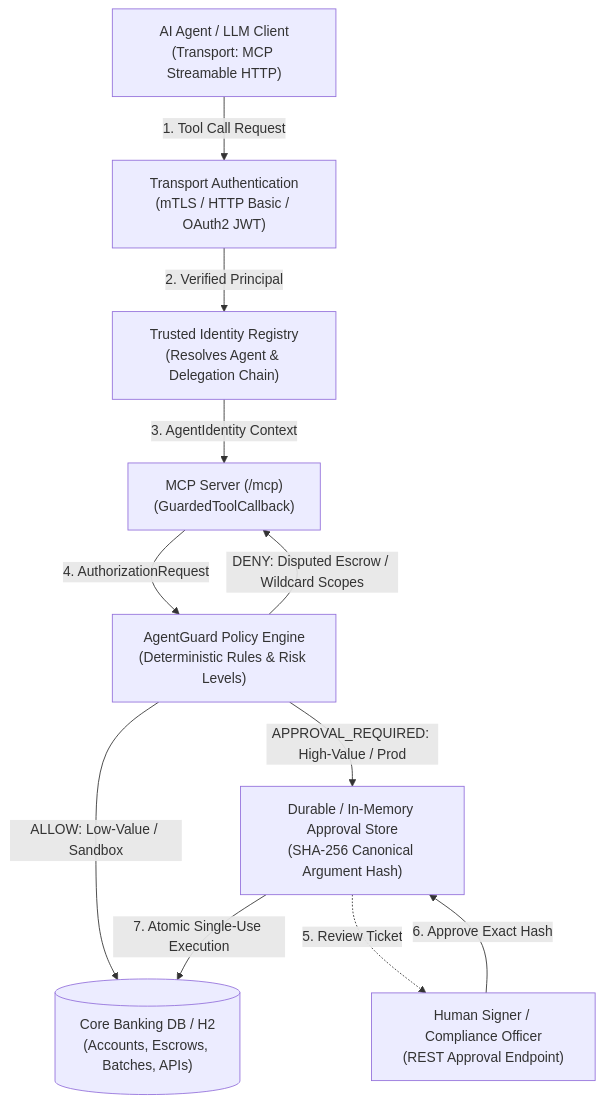
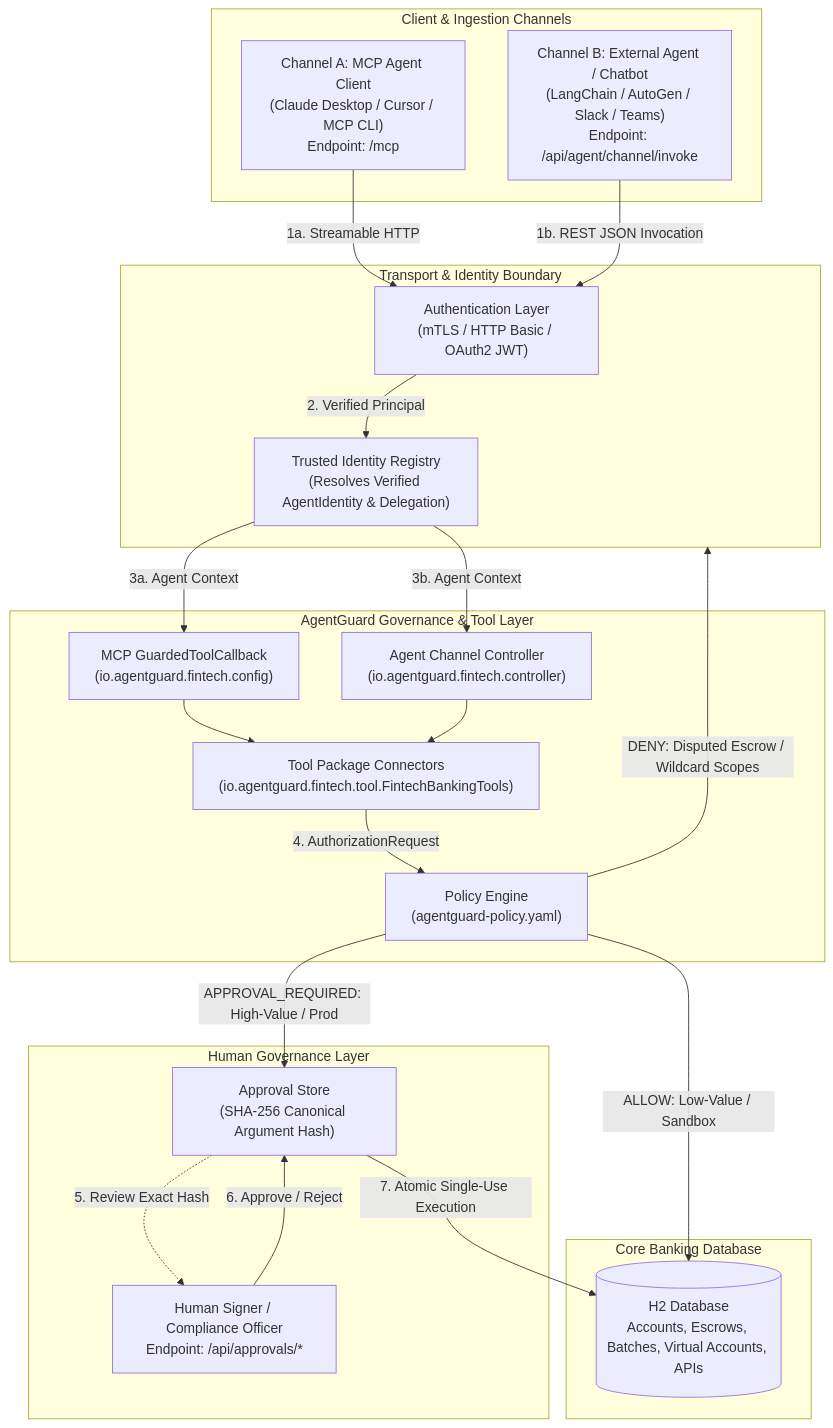
Before and after one commit to Amaljeevs/agentguard: the diagram in agentguard-examples/fintech-banking-mcp-server/README.md, drawn with Mermaid. The commit also changed other lines of this file and 13 other files, not shown here.

Commit message:
feat(examples): organize tools into tool package and add multi-channel agent controller

````diff
--- a/agentguard-examples/fintech-banking-mcp-server/README.md
+++ b/agentguard-examples/fintech-banking-mcp-server/README.md
@@ -21,22 +23,45 @@
 ```mermaid
 flowchart TD
-    Client["AI Agent / LLM Client\n(Transport: MCP Streamable HTTP)"]
-    mTLS["Transport Authentication\n(mTLS / HTTP Basic / OAuth2 JWT)"]
-    IdentityReg["Trusted Identity Registry\n(Resolves Agent & Delegation Chain)"]
-    McpServer["MCP Server (/mcp)\n(GuardedToolCallback)"]
-    PolicyEngine["AgentGuard Policy Engine\n(Deterministic Rules & Risk Levels)"]
-    AppStore["Durable / In-Memory Approval Store\n(SHA-256 Canonical Argument Hash)"]
-    HumanApprover["Human Signer / Compliance Officer\n(REST Approval Endpoint)"]
-    BankLedger[("Core Banking DB / H2\n(Accounts, Escrows, Batches, APIs)")]
+    subgraph Channels["Client & Ingestion Channels"]
+        McpClient["Channel A: MCP Agent Client\n(Claude Desktop / Cursor / MCP CLI)\nEndpoint: /mcp"]
+        RestAgent["Channel B: External Agent / Chatbot\n(LangChain / AutoGen / Slack / Teams)\nEndpoint: /api/agent/channel/invoke"]
+    end
 
-    Client -->|1. Tool Call Request| mTLS
-    mTLS -->|2. Verified Principal| IdentityReg
-    IdentityReg -->|3. AgentIdentity Context| McpServer
-    McpServer -->|4. AuthorizationRequest| PolicyEngine
-    PolicyEngine -->|ALLOW: Low-Value / Sandbox| BankLedger
-    PolicyEngine -->|DENY: Disputed Escrow / Wildcard Scopes| McpServer
+    subgraph Security["Transport & Identity Boundary"]
+        AuthLayer["Authentication Layer\n(mTLS / HTTP Basic / OAuth2 JWT)"]
+        IdentityReg["Trusted Identity Registry\n(Resolves Verified AgentIdentity & Delegation)"]
+    end
+
+    subgraph CoreEngine["AgentGuard Governance & Tool Layer"]
+        McpAdapter["MCP GuardedToolCallback\n(io.agentguard.fintech.config)"]
+        ChannelCtrl["Agent Channel Controller\n(io.agentguard.fintech.controller)"]
+        ToolPackage["Tool Package Connectors\n(io.agentguard.fintech.tool.FintechBankingTools)"]
+        PolicyEngine["Policy Engine\n(agentguard-policy.yaml)"]
+    end
+
+    subgraph Approvals["Human Governance Layer"]
+        AppStore["Approval Store\n(SHA-256 Canonical Argument Hash)"]
+        HumanApprover["Human Signer / Compliance Officer\nEndpoint: /api/approvals/*"]
+    end
+
+    subgraph Ledger["Core Banking Database"]
+        BankDB[("H2 Database\nAccounts, Escrows, Batches, Virtual Accounts, APIs")]
+    end
+
+    McpClient -->|1a. Streamable HTTP| AuthLayer
+    RestAgent -->|1b. REST JSON Invocation| AuthLayer
+    AuthLayer -->|2. Verified Principal| IdentityReg
+    IdentityReg -->|3a. Agent Context| McpAdapter
+    IdentityReg -->|3b. Agent Context| ChannelCtrl
+    McpAdapter --> ToolPackage
+    ChannelCtrl --> ToolPackage
+    ToolPackage -->|4. AuthorizationRequest| PolicyEngine
+
+    PolicyEngine -->|ALLOW: Low-Value / Sandbox| BankDB
+    PolicyEngine -->|DENY: Disputed Escrow / Wildcard Scopes| Security
     PolicyEngine -->|APPROVAL_REQUIRED: High-Value / Prod| AppStore
-    AppStore -.->|5. Review Ticket| HumanApprover
-    HumanApprover -->|6. Approve Exact Hash| AppStore
-    AppStore -->|7. Atomic Single-Use Execution| BankLedger
+
+    AppStore -.->|5. Review Exact Hash| HumanApprover
+    HumanApprover -->|6. Approve / Reject| AppStore
+    AppStore -->|7. Atomic Single-Use Execution| BankDB
 ```
````
